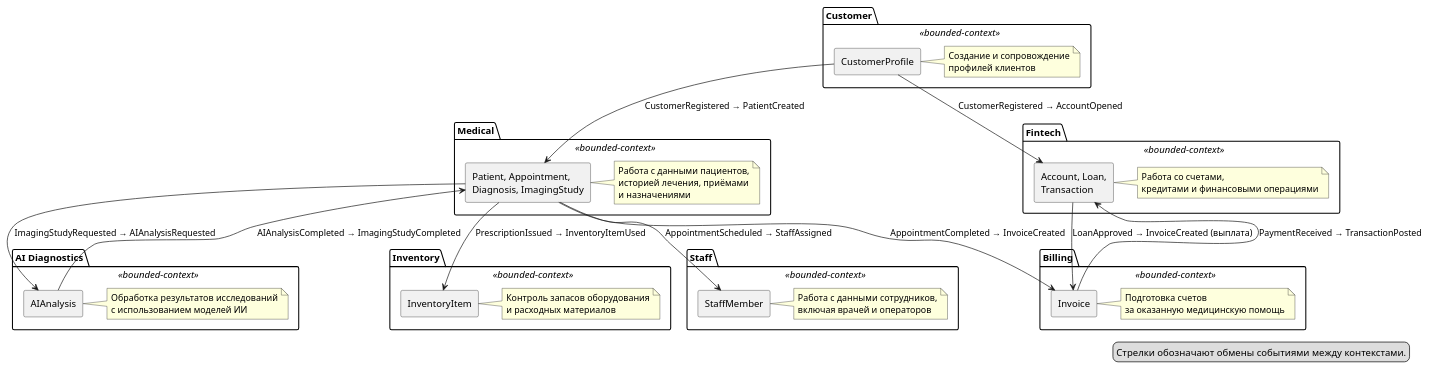
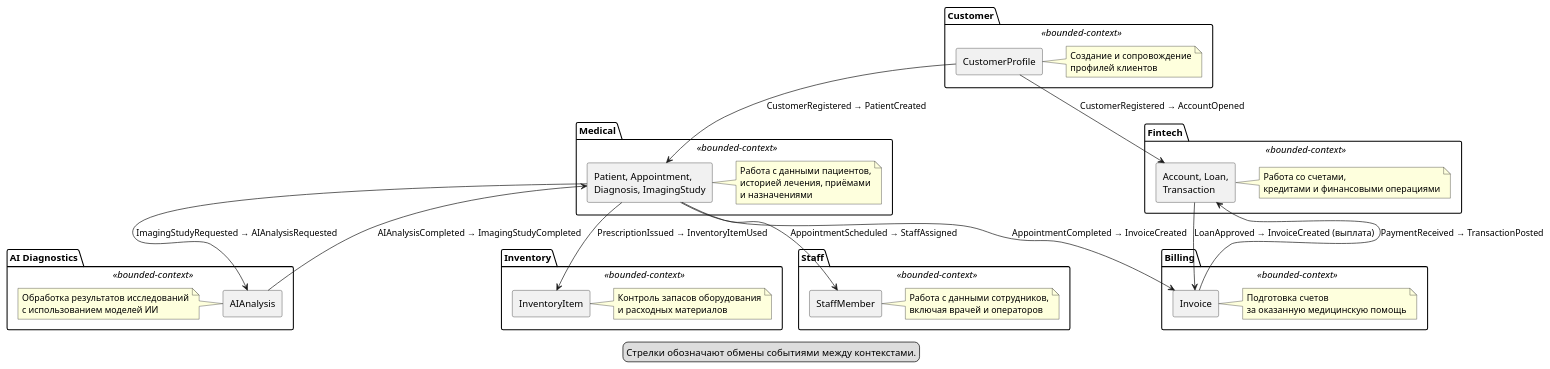
One commit to vsevolod-nikitin/yandex-practicum-architecture-pro-future_2_0 changed the diagram in Task4Advanced/bounded-contexts.puml. Above: the diagram before and after it, drawn with PlantUML. The commit also changed 1 other file, not shown here.

```diff
--- a/Task4Advanced/bounded-contexts.puml
+++ b/Task4Advanced/bounded-contexts.puml
@@ -1,52 +1,52 @@
 @startuml bounded-contexts
 
 package "Customer" <<bounded-context>> {
   rectangle "CustomerProfile" as custAgg
   note right: Создание и сопровождение\nпрофилей клиентов
 }
 
 package "Medical" <<bounded-context>> {
   rectangle "Patient, Appointment,\nDiagnosis, ImagingStudy" as medAgg
   note right: Работа с данными пациентов,\nисторией лечения, приёмами\nи назначениями
 }
 
 package "AI Diagnostics" <<bounded-context>> {
   rectangle "AIAnalysis" as aiAgg
-  note right: Обработка результатов исследований\nс использованием моделей ИИ
+  note left: Обработка результатов исследований\nс использованием моделей ИИ
 }
 
 package "Fintech" <<bounded-context>> {
   rectangle "Account, Loan,\nTransaction" as finAgg
   note right: Работа со счетами,\nкредитами и финансовыми операциями
 }
 
 package "Inventory" <<bounded-context>> {
   rectangle "InventoryItem" as invAgg
   note right: Контроль запасов оборудования\nи расходных материалов
 }
 
 package "Staff" <<bounded-context>> {
   rectangle "StaffMember" as staffAgg
   note right: Работа с данными сотрудников,\nвключая врачей и операторов
 }
 
 package "Billing" <<bounded-context>> {
   rectangle "Invoice" as billAgg
   note right: Подготовка счетов\nза оказанную медицинскую помощь
 }
 
 custAgg --> medAgg : "CustomerRegistered → PatientCreated"
 custAgg --> finAgg : "CustomerRegistered → AccountOpened"
 medAgg --> aiAgg : "ImagingStudyRequested → AIAnalysisRequested"
 aiAgg --> medAgg : "AIAnalysisCompleted → ImagingStudyCompleted"
 medAgg --> invAgg : "PrescriptionIssued → InventoryItemUsed"
+medAgg --> staffAgg : "AppointmentScheduled → StaffAssigned"
 medAgg --> billAgg : "AppointmentCompleted → InvoiceCreated"
-medAgg --> staffAgg : "AppointmentScheduled → StaffAssigned"
 finAgg --> billAgg : "LoanApproved → InvoiceCreated (выплата)"
 billAgg --> finAgg : "PaymentReceived → TransactionPosted"
 
-legend right
+legend
 Стрелки обозначают обмены событиями между контекстами.
 endlegend
 
 @enduml
```
